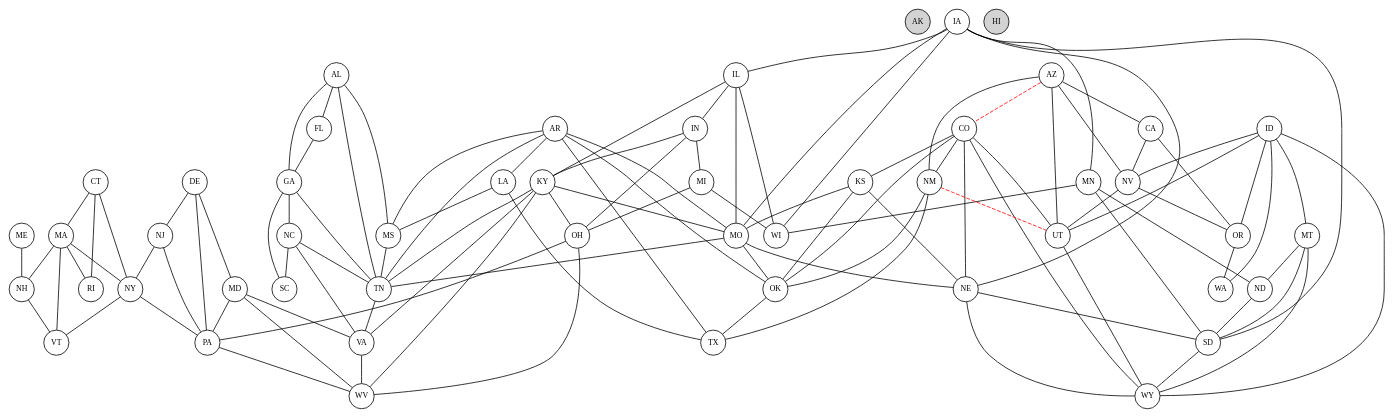
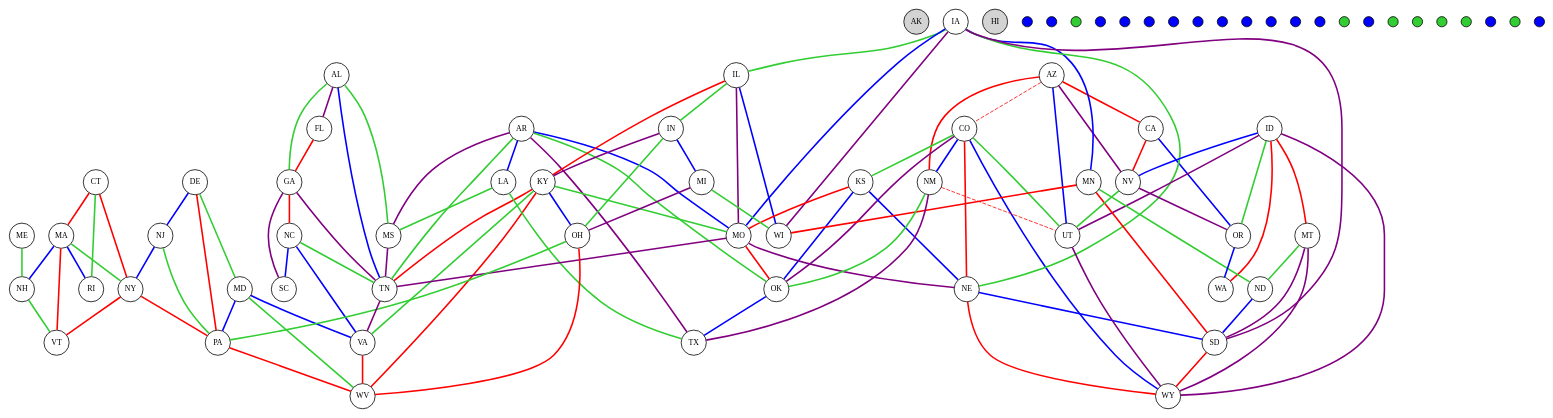
The diagram in states_gridify.dot (jaycoskey/DataVisualization), drawn with Graphviz before and after one commit. The commit also changed 9 other files, not shown here.

```diff
--- a/states_gridify.dot
+++ b/states_gridify.dot
@@ -1,166 +1,195 @@
 strict graph States {
     node [fixedsize=true fontsize=10 height=0.45 width=0.45]
     overlap=false
     penwidth=7
 
     AK [pos="0.0,50.0" style=filled fillcolor=lightgray]
     AL [pos="350.0,50.0"]
     AR [pos="250.0,150.0"]
     AZ [pos="100.0,100.0"]
     CA [pos="0.0,200.0"]
     CO [pos="150.0,250.0"]
     CT [pos="600.0,300.0"]
     DE [pos="550.0,250.0"]
     FL [pos="450.0,0.0"]
     GA [pos="400.0,50.0"]
     HI [pos="100.0,50.0" style=filled fillcolor=lightgray]
     IA [pos="250.0,300.0"]
     ID [pos="50.0,400.0"]
     IL [pos="300.0,300.0"]
     IN [pos="350.0,300.0"]
     KS [pos="200.0,250.0"]
     KY [pos="400.0,200.0"]
     LA [pos="250.0,50.0"]
     MA [pos="650.0,350.0"]
     MD [pos="500.0,250.0"]
     ME [pos="700.0,400.0"]
     MI [pos="350.0,400.0"]
     MN [pos="250.0,450.0"]
     MO [pos="250.0,200.0"]
     MS [pos="300.0,50.0"]
     MT [pos="100.0,450.0"]
     NC [pos="500.0,150.0"]
     ND [pos="200.0,450.0"]
     NE [pos="200.0,300.0"]
     NH [pos="650.0,400.0"]
     NJ [pos="550.0,300.0"]
     NM [pos="150.0,150.0"]
     NV [pos="50.0,250.0"]
     NY [pos="550.0,350.0"]
     OH [pos="400.0,300.0"]
     OK [pos="200.0,150.0"]
     OR [pos="0.0,400.0"]
     PA [pos="500.0,300.0"]
     RI [pos="650.0,300.0"]
     SC [pos="500.0,100.0"]
     SD [pos="200.0,400.0"]
     TN [pos="350.0,150.0"]
     TX [pos="200.0,50.0"]
     UT [pos="100.0,250.0"]
     VA [pos="500.0,200.0"]
     VT [pos="600.0,400.0"]
     WA [pos="0.0,450.0"]
     WI [pos="300.0,400.0"]
     WV [pos="450.0,250.0"]
     WY [pos="150.0,350.0"]
 
-    AL -- FL
-    AL -- GA
-    AL -- MS
-    AL -- TN
-    AR -- LA
-    AR -- MO
-    AR -- MS
-    AR -- OK
-    AR -- TN
-    AR -- TX
-    AZ -- CA
-    AZ -- NM
-    AZ -- NV
-    AZ -- UT
-    CA -- NV
-    CA -- OR
-    CO -- KS
-    CO -- NE
-    CO -- NM
-    CO -- OK
-    CO -- UT
-    CO -- WY
-    CT -- MA
-    CT -- NY
-    CT -- RI
-    DE -- MD
-    DE -- NJ
-    DE -- PA
-    FL -- GA
-    GA -- NC
-    GA -- SC
-    GA -- TN
-    IA -- IL
-    IA -- MN
-    IA -- MO
-    IA -- NE
-    IA -- SD
-    IA -- WI
-    ID -- MT
-    ID -- NV
-    ID -- OR
-    ID -- UT
-    ID -- WA
-    ID -- WY
-    IL -- IN
-    IL -- KY
-    IL -- MO
-    IL -- WI
-    IN -- KY
-    IN -- MI
-    IN -- OH
-    KS -- MO
-    KS -- NE
-    KS -- OK
-    KY -- MO
-    KY -- OH
-    KY -- TN
-    KY -- VA
-    KY -- WV
-    LA -- MS
-    LA -- TX
-    MA -- NH
-    MA -- NY
-    MA -- RI
-    MA -- VT
-    MD -- PA
-    MD -- VA
-    MD -- WV
-    ME -- NH
-    MI -- OH
-    MI -- WI
-    MN -- ND
-    MN -- SD
-    MN -- WI
-    MO -- NE
-    MO -- OK
-    MO -- TN
-    MS -- TN
-    MT -- ND
-    MT -- SD
-    MT -- WY
-    NC -- SC
-    NC -- TN
-    NC -- VA
-    ND -- SD
-    NE -- SD
-    NE -- WY
-    NH -- VT
-    NJ -- NY
-    NJ -- PA
-    NM -- OK
-    NM -- TX
-    NV -- OR
-    NV -- UT
-    NY -- PA
-    NY -- VT
-    OH -- PA
-    OH -- WV
-    OK -- TX
-    OR -- WA
-    PA -- WV
-    SD -- WY
-    TN -- VA
-    UT -- WY
-    VA -- WV
+    AL -- FL [style=bold color=purple]
+    AL -- GA [style=bold color=limegreen]
+    AL -- MS [style=bold color=limegreen]
+    AL -- TN [style=bold color=blue]
+        ALTN [pos="350,100" style=filled fillcolor=blue height=0.18000000000000002 width=0.18000000000000002 label=""]
+    AR -- LA [style=bold color=blue]
+        ARLA [pos="250,100" style=filled fillcolor=blue height=0.18000000000000002 width=0.18000000000000002 label=""]
+    AR -- MO [style=bold color=blue]
+    AR -- MS [style=bold color=purple]
+    AR -- OK [style=bold color=limegreen]
+    AR -- TN [style=bold color=limegreen]
+        ARTN [pos="300,150" style=filled fillcolor=limegreen height=0.18000000000000002 width=0.18000000000000002 label=""]
+    AR -- TX [style=bold color=purple]
+    AZ -- CA [style=bold color=red]
+    AZ -- NM [style=bold color=red]
+    AZ -- NV [style=bold color=purple]
+    AZ -- UT [style=bold color=blue]
+        AZUT [pos="100,150" style=filled fillcolor=blue height=0.18000000000000002 width=0.18000000000000002 label=""]
+        AZUT [pos="100,200" style=filled fillcolor=blue height=0.18000000000000002 width=0.18000000000000002 label=""]
+    CA -- NV [style=bold color=red]
+    CA -- OR [style=bold color=blue]
+        CAOR [pos="0,250" style=filled fillcolor=blue height=0.18000000000000002 width=0.18000000000000002 label=""]
+        CAOR [pos="0,300" style=filled fillcolor=blue height=0.18000000000000002 width=0.18000000000000002 label=""]
+        CAOR [pos="0,350" style=filled fillcolor=blue height=0.18000000000000002 width=0.18000000000000002 label=""]
+    CO -- KS [style=bold color=limegreen]
+    CO -- NE [style=bold color=red]
+    CO -- NM [style=bold color=blue]
+        CONM [pos="150,200" style=filled fillcolor=blue height=0.18000000000000002 width=0.18000000000000002 label=""]
+    CO -- OK [style=bold color=purple]
+    CO -- UT [style=bold color=limegreen]
+    CO -- WY [style=bold color=blue]
+        COWY [pos="150,300" style=filled fillcolor=blue height=0.18000000000000002 width=0.18000000000000002 label=""]
+    CT -- MA [style=bold color=red]
+    CT -- NY [style=bold color=red]
+    CT -- RI [style=bold color=limegreen]
+    DE -- MD [style=bold color=limegreen]
+    DE -- NJ [style=bold color=blue]
+    DE -- PA [style=bold color=red]
+    FL -- GA [style=bold color=red]
+    GA -- NC [style=bold color=red]
+    GA -- SC [style=bold color=purple]
+    GA -- TN [style=bold color=purple]
+    IA -- IL [style=bold color=limegreen]
+    IA -- MN [style=bold color=blue]
+        IAMN [pos="250,350" style=filled fillcolor=blue height=0.18000000000000002 width=0.18000000000000002 label=""]
+        IAMN [pos="250,400" style=filled fillcolor=blue height=0.18000000000000002 width=0.18000000000000002 label=""]
+    IA -- MO [style=bold color=blue]
+        IAMO [pos="250,250" style=filled fillcolor=blue height=0.18000000000000002 width=0.18000000000000002 label=""]
+    IA -- NE [style=bold color=limegreen]
+    IA -- SD [style=bold color=purple]
+    IA -- WI [style=bold color=purple]
+    ID -- MT [style=bold color=red]
+    ID -- NV [style=bold color=blue]
+        IDNV [pos="50,300" style=filled fillcolor=blue height=0.18000000000000002 width=0.18000000000000002 label=""]
+        IDNV [pos="50,350" style=filled fillcolor=blue height=0.18000000000000002 width=0.18000000000000002 label=""]
+    ID -- OR [style=bold color=limegreen]
+    ID -- UT [style=bold color=purple]
+    ID -- WA [style=bold color=red]
+    ID -- WY [style=bold color=purple]
+    IL -- IN [style=bold color=limegreen]
+    IL -- KY [style=bold color=red]
+    IL -- MO [style=bold color=purple]
+    IL -- WI [style=bold color=blue]
+        ILWI [pos="300,350" style=filled fillcolor=blue height=0.18000000000000002 width=0.18000000000000002 label=""]
+    IN -- KY [style=bold color=purple]
+    IN -- MI [style=bold color=blue]
+        INMI [pos="350,350" style=filled fillcolor=blue height=0.18000000000000002 width=0.18000000000000002 label=""]
+    IN -- OH [style=bold color=limegreen]
+    KS -- MO [style=bold color=red]
+    KS -- NE [style=bold color=blue]
+    KS -- OK [style=bold color=blue]
+        KSOK [pos="200,200" style=filled fillcolor=blue height=0.18000000000000002 width=0.18000000000000002 label=""]
+    KY -- MO [style=bold color=limegreen]
+        KYMO [pos="300,200" style=filled fillcolor=limegreen height=0.18000000000000002 width=0.18000000000000002 label=""]
+        KYMO [pos="350,200" style=filled fillcolor=limegreen height=0.18000000000000002 width=0.18000000000000002 label=""]
+    KY -- OH [style=bold color=blue]
+        KYOH [pos="400,250" style=filled fillcolor=blue height=0.18000000000000002 width=0.18000000000000002 label=""]
+    KY -- TN [style=bold color=red]
+    KY -- VA [style=bold color=limegreen]
+        KYVA [pos="450,200" style=filled fillcolor=limegreen height=0.18000000000000002 width=0.18000000000000002 label=""]
+    KY -- WV [style=bold color=red]
+    LA -- MS [style=bold color=limegreen]
+    LA -- TX [style=bold color=limegreen]
+    MA -- NH [style=bold color=blue]
+    MA -- NY [style=bold color=limegreen]
+        MANY [pos="600,350" style=filled fillcolor=limegreen height=0.18000000000000002 width=0.18000000000000002 label=""]
+    MA -- RI [style=bold color=blue]
+    MA -- VT [style=bold color=red]
+    MD -- PA [style=bold color=blue]
+    MD -- VA [style=bold color=blue]
+    MD -- WV [style=bold color=limegreen]
+    ME -- NH [style=bold color=limegreen]
+    MI -- OH [style=bold color=purple]
+    MI -- WI [style=bold color=limegreen]
+    MN -- ND [style=bold color=limegreen]
+    MN -- SD [style=bold color=red]
+    MN -- WI [style=bold color=red]
+    MO -- NE [style=bold color=purple]
+    MO -- OK [style=bold color=red]
+    MO -- TN [style=bold color=purple]
+    MS -- TN [style=bold color=purple]
+    MT -- ND [style=bold color=limegreen]
+        MTND [pos="150,450" style=filled fillcolor=limegreen height=0.18000000000000002 width=0.18000000000000002 label=""]
+    MT -- SD [style=bold color=purple]
+    MT -- WY [style=bold color=purple]
+    NC -- SC [style=bold color=blue]
+    NC -- TN [style=bold color=limegreen]
+        NCTN [pos="400,150" style=filled fillcolor=limegreen height=0.18000000000000002 width=0.18000000000000002 label=""]
+        NCTN [pos="450,150" style=filled fillcolor=limegreen height=0.18000000000000002 width=0.18000000000000002 label=""]
+    NC -- VA [style=bold color=blue]
+    ND -- SD [style=bold color=blue]
+    NE -- SD [style=bold color=blue]
+        NESD [pos="200,350" style=filled fillcolor=blue height=0.18000000000000002 width=0.18000000000000002 label=""]
+    NE -- WY [style=bold color=red]
+    NH -- VT [style=bold color=limegreen]
+    NJ -- NY [style=bold color=blue]
+    NJ -- PA [style=bold color=limegreen]
+    NM -- OK [style=bold color=limegreen]
+    NM -- TX [style=bold color=purple]
+    NV -- OR [style=bold color=purple]
+    NV -- UT [style=bold color=limegreen]
+    NY -- PA [style=bold color=red]
+    NY -- VT [style=bold color=red]
+    OH -- PA [style=bold color=limegreen]
+        OHPA [pos="450,300" style=filled fillcolor=limegreen height=0.18000000000000002 width=0.18000000000000002 label=""]
+    OH -- WV [style=bold color=red]
+    OK -- TX [style=bold color=blue]
+        OKTX [pos="200,100" style=filled fillcolor=blue height=0.18000000000000002 width=0.18000000000000002 label=""]
+    OR -- WA [style=bold color=blue]
+    PA -- WV [style=bold color=red]
+    SD -- WY [style=bold color=red]
+    TN -- VA [style=bold color=purple]
+    UT -- WY [style=bold color=purple]
+    VA -- WV [style=bold color=red]
 
 
     AZ -- CO [color=red style=dashed]
     NM -- UT [color=red style=dashed]
 }
```
